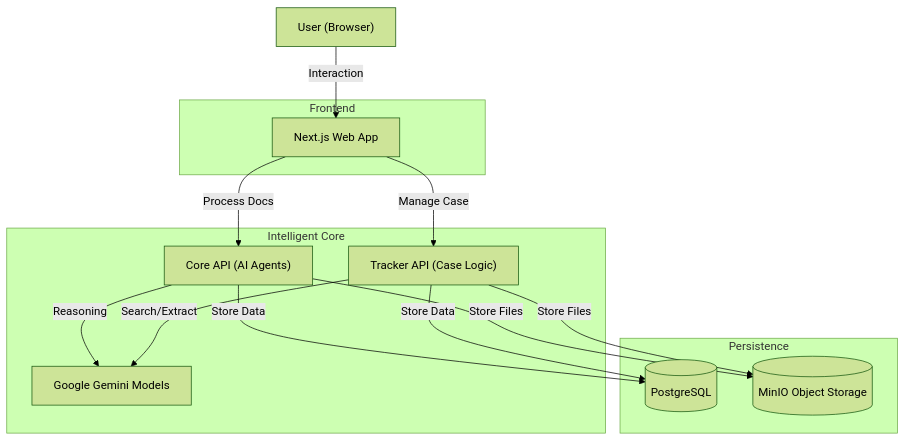
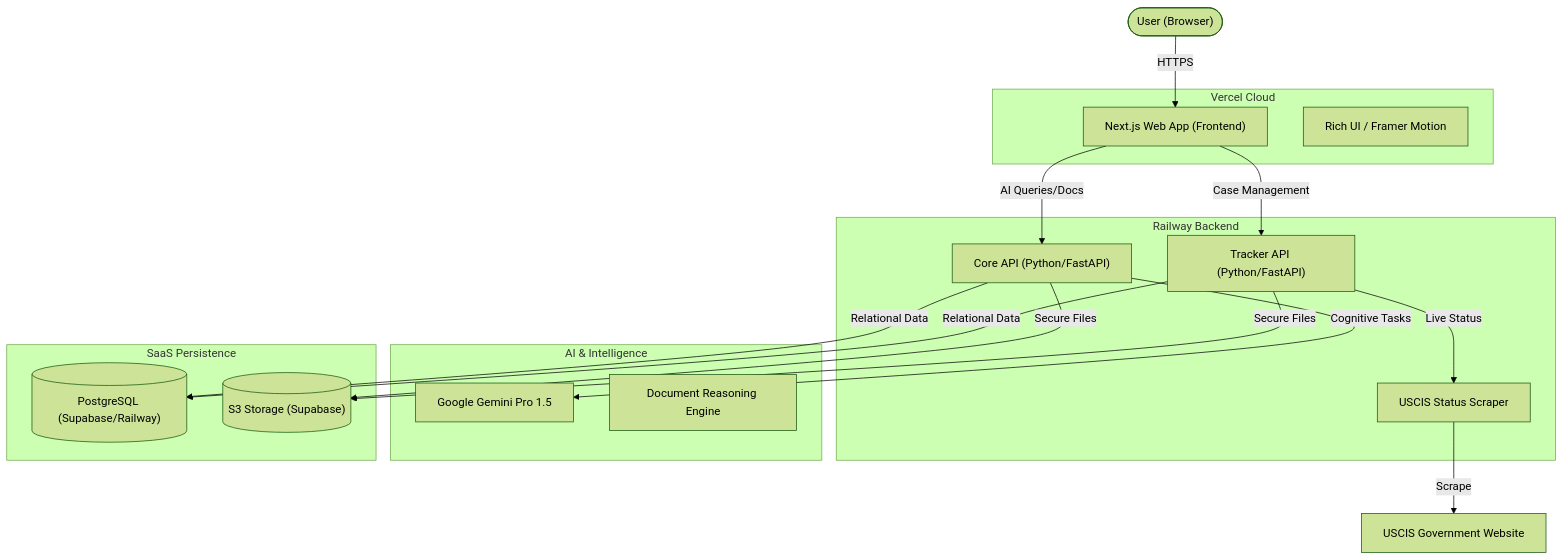
One commit to samalpartha/LifeBridge changed the diagram in README.md. Above: the diagram before and after it, drawn with Mermaid (forest theme). The commit also changed other lines of this file and 2 other files, not shown here.

Commit message:
chore: update README presentation & fix tracker-api imports

````diff
--- a/README.md
+++ b/README.md
@@ -73,29 +26,36 @@
 ```mermaid
 graph TD
-    User["User (Browser)"]
+    User(["User (Browser)"])
     
-    subgraph "Frontend"
-        NextJS["Next.js Web App"]
+    subgraph "Vercel Cloud"
+        NextJS["Next.js Web App (Frontend)"]
+        UI["Rich UI / Framer Motion"]
     end
     
-    subgraph "Intelligent Core"
-        CoreAPI["Core API (AI Agents)"]
-        TrackerAPI["Tracker API (Case Logic)"]
-        Gemini["Google Gemini Models"]
+    subgraph "Railway Backend"
+        CoreAPI["Core API (Python/FastAPI)"]
+        TrackerAPI["Tracker API (Python/FastAPI)"]
+        UscisScraper["USCIS Status Scraper"]
     end
     
-    subgraph "Persistence"
-        DB[("PostgreSQL")]
-        S3[("MinIO Object Storage")]
+    subgraph "AI & Intelligence"
+        Gemini["Google Gemini Pro 1.5"]
+        DocAI["Document Reasoning Engine"]
+    end
+    
+    subgraph "SaaS Persistence"
+        SupabaseDB[("PostgreSQL (Supabase/Railway)")]
+        SupabaseS3[("S3 Storage (Supabase)")]
     end
 
-    User -->|Interaction| NextJS
-    NextJS -->|Process Docs| CoreAPI
-    NextJS -->|Manage Case| TrackerAPI
+    User -->|HTTPS| NextJS
+    NextJS -->|AI Queries/Docs| CoreAPI
+    NextJS -->|Case Management| TrackerAPI
     
-    CoreAPI -->|Reasoning| Gemini
-    TrackerAPI -->|Search/Extract| Gemini
+    CoreAPI -->|Cognitive Tasks| Gemini
+    TrackerAPI -->|Live Status| UscisScraper
+    UscisScraper -->|Scrape| USCIS["USCIS Government Website"]
     
-    CoreAPI & TrackerAPI -->|Store Data| DB
-    CoreAPI & TrackerAPI -->|Store Files| S3
+    CoreAPI & TrackerAPI -->|Relational Data| SupabaseDB
+    CoreAPI & TrackerAPI -->|Secure Files| SupabaseS3
 ```
````
